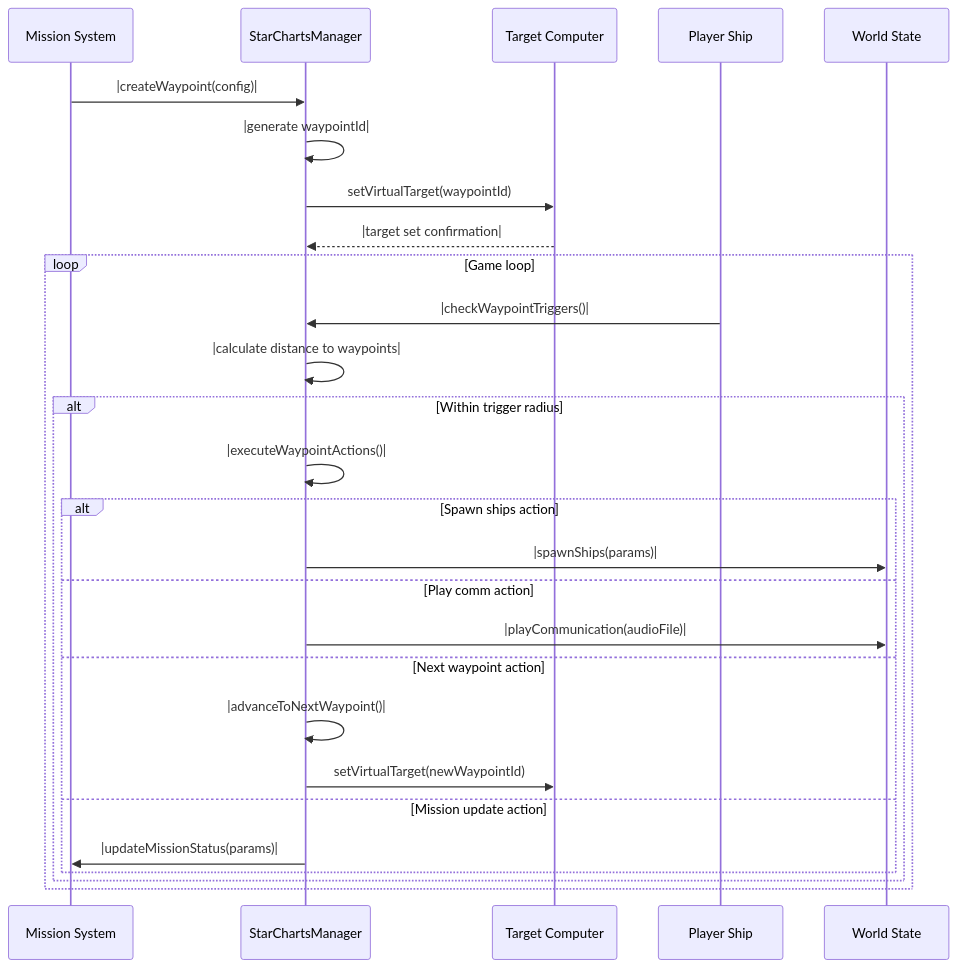
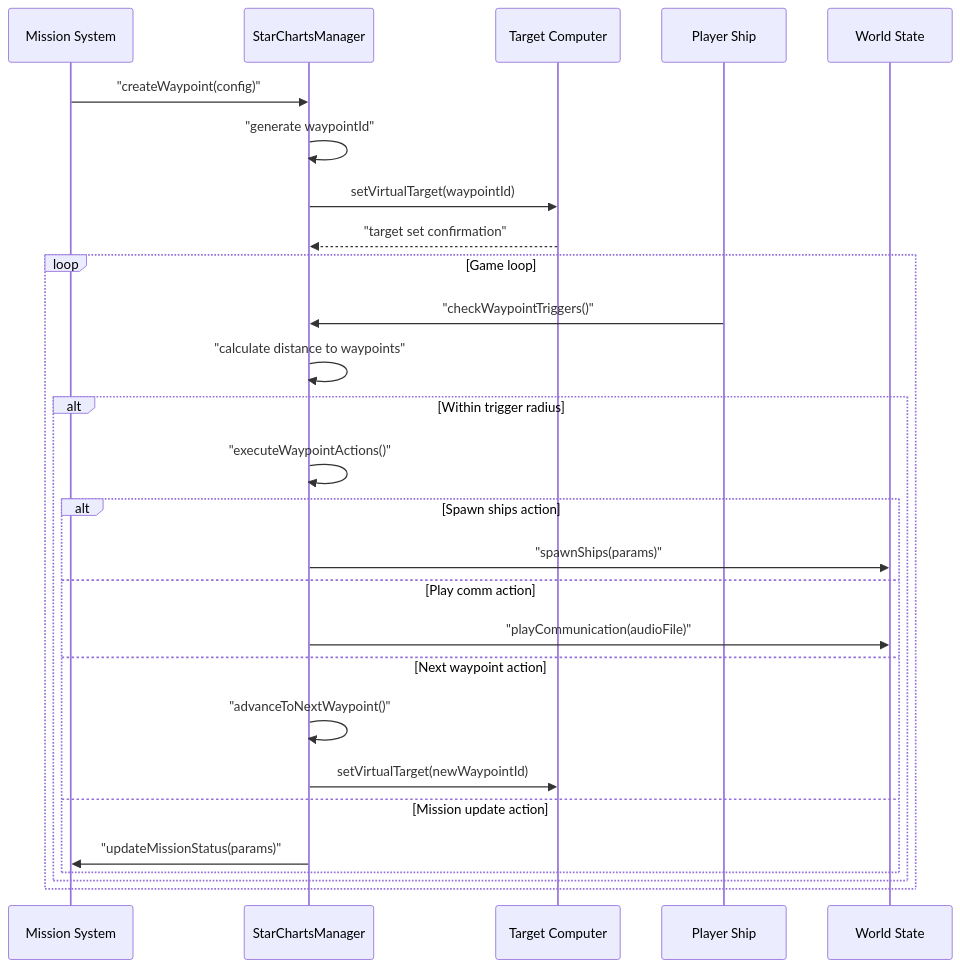
One commit to thoracle/planetz changed the fifth of 7 diagrams in docs/star_charts_system_spec.md. Above: the diagram before and after it, drawn with Mermaid. The commit also changed other lines of this file, not shown here.

First line of the commit message:
Fix Mermaid syntax errors in Star Charts specification

````diff
--- a/docs/star_charts_system_spec.md
+++ b/docs/star_charts_system_spec.md
@@ -497,32 +497,32 @@
 ```mermaid
 sequenceDiagram
     participant MS as Mission System
     participant SCM as StarChartsManager
     participant TC as Target Computer
     participant PS as Player Ship
     participant WS as World State
 
-    MS->>SCM: |createWaypoint(config)|
-    SCM->>SCM: |generate waypointId|
+    MS->>SCM: "createWaypoint(config)"
+    SCM->>SCM: "generate waypointId"
     SCM->>TC: setVirtualTarget(waypointId)
-    TC-->>SCM: |target set confirmation|
+    TC-->>SCM: "target set confirmation"
 
     loop Game loop
-        PS->>SCM: |checkWaypointTriggers()|
-        SCM->>SCM: |calculate distance to waypoints|
+        PS->>SCM: "checkWaypointTriggers()"
+        SCM->>SCM: "calculate distance to waypoints"
 
         alt Within trigger radius
-            SCM->>SCM: |executeWaypointActions()|
+            SCM->>SCM: "executeWaypointActions()"
             alt Spawn ships action
-                SCM->>WS: |spawnShips(params)|
+                SCM->>WS: "spawnShips(params)"
             else Play comm action
-                SCM->>WS: |playCommunication(audioFile)|
+                SCM->>WS: "playCommunication(audioFile)"
             else Next waypoint action
-                SCM->>SCM: |advanceToNextWaypoint()|
+                SCM->>SCM: "advanceToNextWaypoint()"
                 SCM->>TC: setVirtualTarget(newWaypointId)
             else Mission update action
-                SCM->>MS: |updateMissionStatus(params)|
+                SCM->>MS: "updateMissionStatus(params)"
             end
         end
     end
 ```
````
